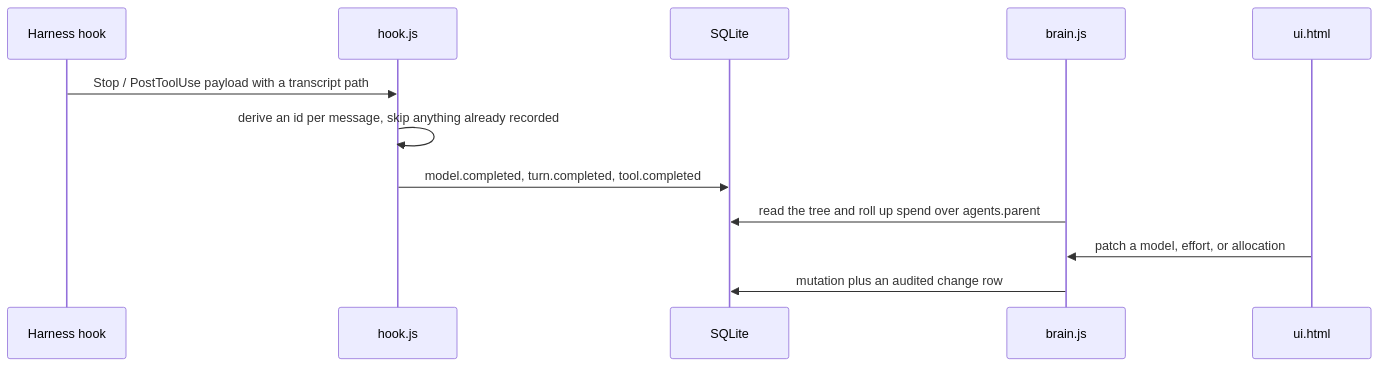
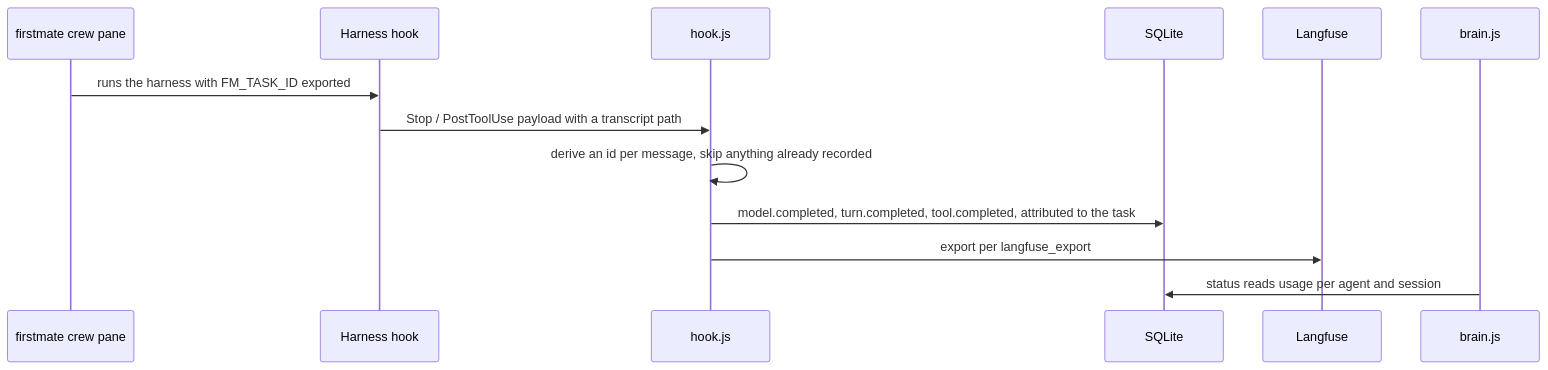
The diagram in .agent-brain/services/brain-platform/LLD.md (akash2991/agent-skills), drawn with Mermaid before and after one commit. The commit also changed other lines of this file and 58 other files, not shown here.

````diff
--- a/.agent-brain/services/brain-platform/LLD.md
+++ b/.agent-brain/services/brain-platform/LLD.md
@@ -47,14 +46,15 @@
 ```mermaid
 sequenceDiagram
+    participant F as firstmate crew pane
     participant H as Harness hook
     participant K as hook.js
     participant D as SQLite
+    participant L as Langfuse
     participant C as brain.js
-    participant U as ui.html
+    F->>H: runs the harness with FM_TASK_ID exported
     H->>K: Stop / PostToolUse payload with a transcript path
     K->>K: derive an id per message, skip anything already recorded
-    K->>D: model.completed, turn.completed, tool.completed
-    C->>D: read the tree and roll up spend over agents.parent
-    U->>C: patch a model, effort, or allocation
-    C->>D: mutation plus an audited change row
+    K->>D: model.completed, turn.completed, tool.completed, attributed to the task
+    K->>L: export per langfuse_export
+    C->>D: status reads usage per agent and session
 ```
````
